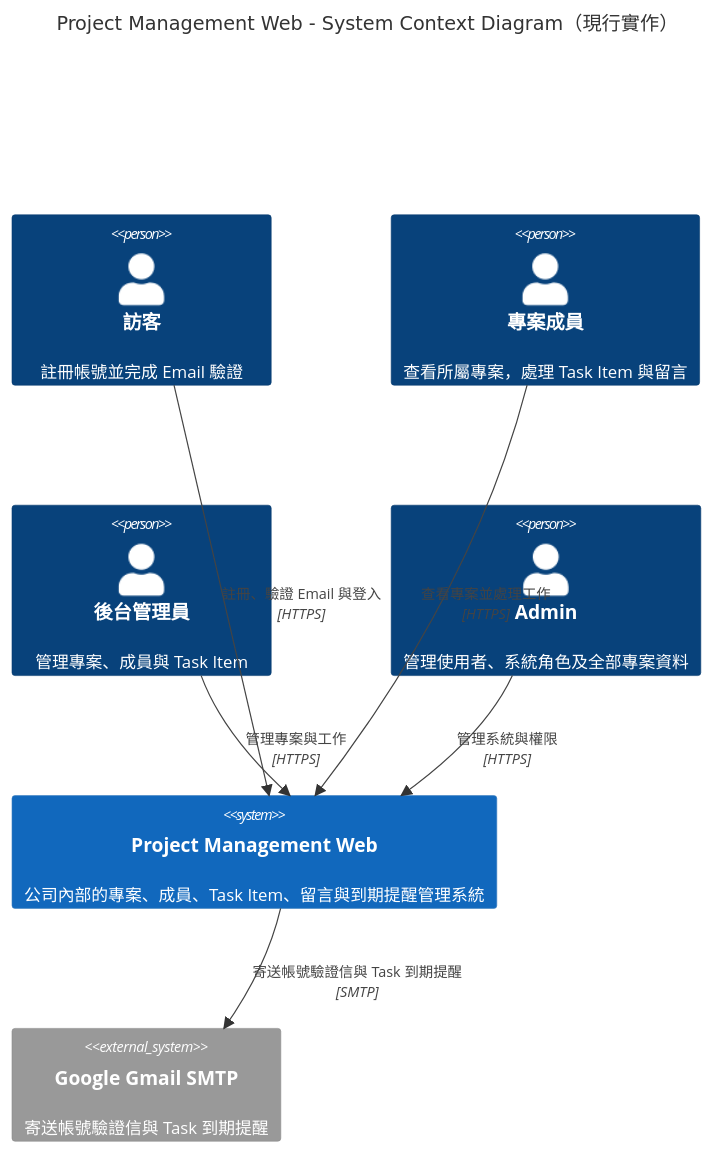
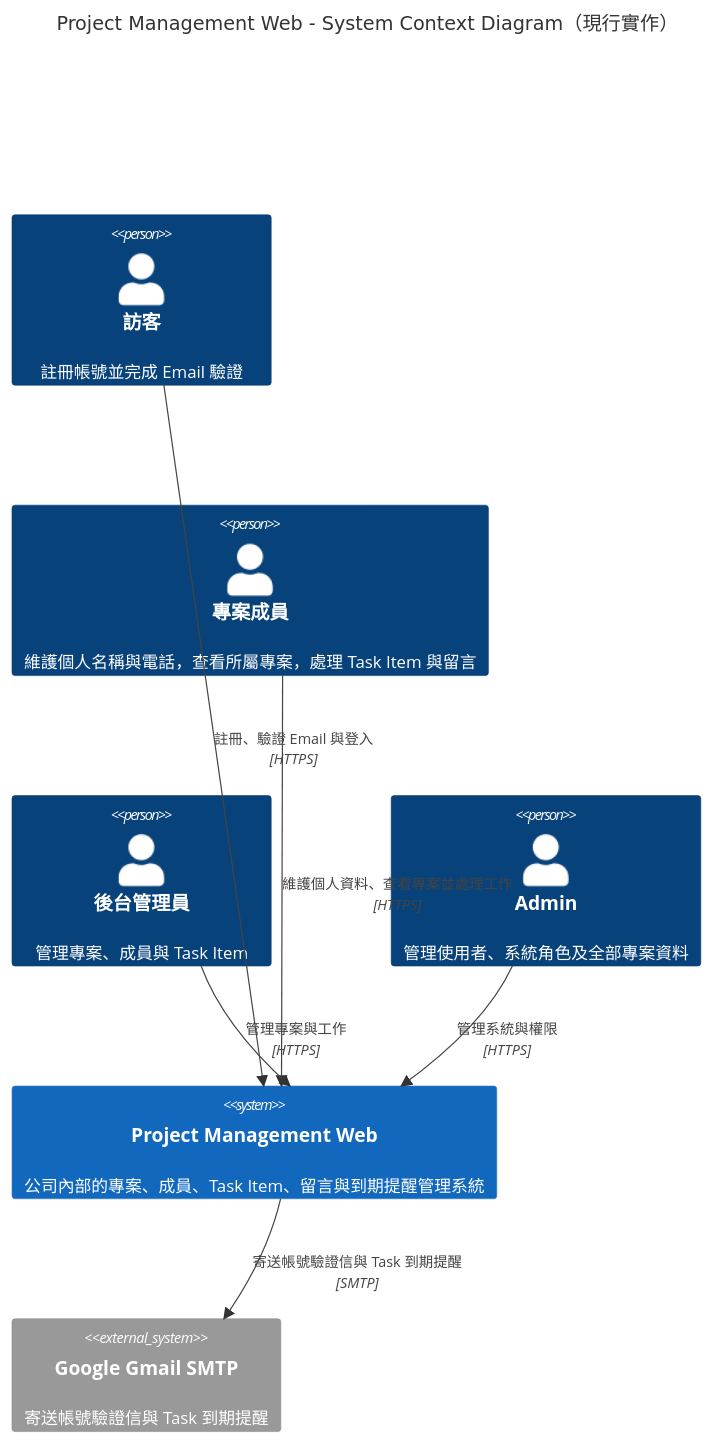
Before and after one commit to JJDing-Louis/ProjectManagementWeb_Spec: the diagram in C4/ProjectManagementWeb_Level1_Context.mmd, drawn with Mermaid. The commit also changed 40 other files, not shown here.

```diff
--- a/C4/ProjectManagementWeb_Level1_Context.mmd
+++ b/C4/ProjectManagementWeb_Level1_Context.mmd
@@ -1,18 +1,18 @@
 C4Context
     title Project Management Web - System Context Diagram（現行實作）
 
     Person(visitor, "訪客", "註冊帳號並完成 Email 驗證")
-    Person(member, "專案成員", "查看所屬專案，處理 Task Item 與留言")
+    Person(member, "專案成員", "維護個人名稱與電話，查看所屬專案，處理 Task Item 與留言")
     Person(administrator, "後台管理員", "管理專案、成員與 Task Item")
     Person(admin, "Admin", "管理使用者、系統角色及全部專案資料")
 
     System(projectManagementWeb, "Project Management Web", "公司內部的專案、成員、Task Item、留言與到期提醒管理系統")
     System_Ext(emailService, "Google Gmail SMTP", "寄送帳號驗證信與 Task 到期提醒")
 
     Rel(visitor, projectManagementWeb, "註冊、驗證 Email 與登入", "HTTPS")
-    Rel(member, projectManagementWeb, "查看專案並處理工作", "HTTPS")
+    Rel(member, projectManagementWeb, "維護個人資料、查看專案並處理工作", "HTTPS")
     Rel(administrator, projectManagementWeb, "管理專案與工作", "HTTPS")
     Rel(admin, projectManagementWeb, "管理系統與權限", "HTTPS")
     Rel(projectManagementWeb, emailService, "寄送帳號驗證信與 Task 到期提醒", "SMTP")
 
     UpdateLayoutConfig($c4ShapeInRow="3", $c4BoundaryInRow="1")
```
